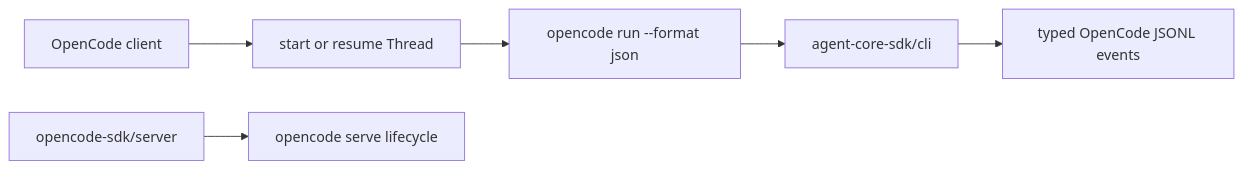
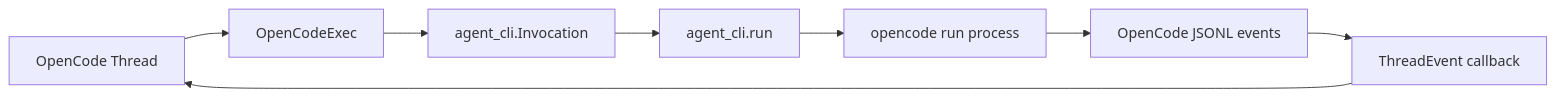
The first of 2 diagrams in README.mbt.md (totto2727-org/opencode-sdk), drawn with Mermaid before and after one commit. The commit also changed other lines of this file, not shown here.

Commit message:
docs: align the SDK README structure

````diff
--- a/README.mbt.md
+++ b/README.mbt.md
@@ -7,8 +104,10 @@
 ```mermaid
 flowchart LR
-  Client[OpenCode client] --> Thread[start or resume Thread]
-  Thread --> Run[opencode run --format json]
-  Run --> Core[agent-core-sdk/cli]
-  Core --> Events[typed OpenCode JSONL events]
-  Server[opencode-sdk/server] --> Serve[opencode serve lifecycle]
+  Thread[OpenCode Thread] --> Exec[OpenCodeExec]
+  Exec --> Invocation[agent_cli.Invocation]
+  Invocation --> Run[agent_cli.run]
+  Run --> Process[opencode run process]
+  Process --> Jsonl[OpenCode JSONL events]
+  Jsonl --> Event[ThreadEvent callback]
+  Event --> Thread
 ```
````
